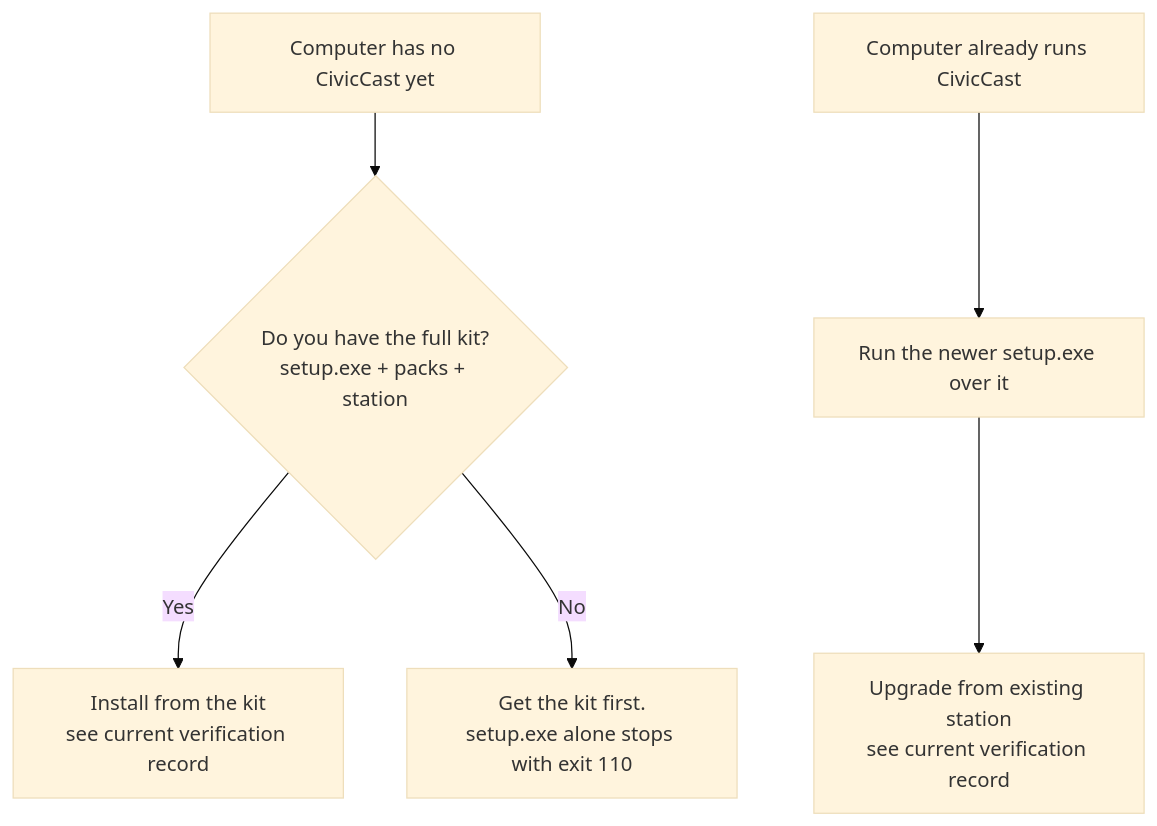
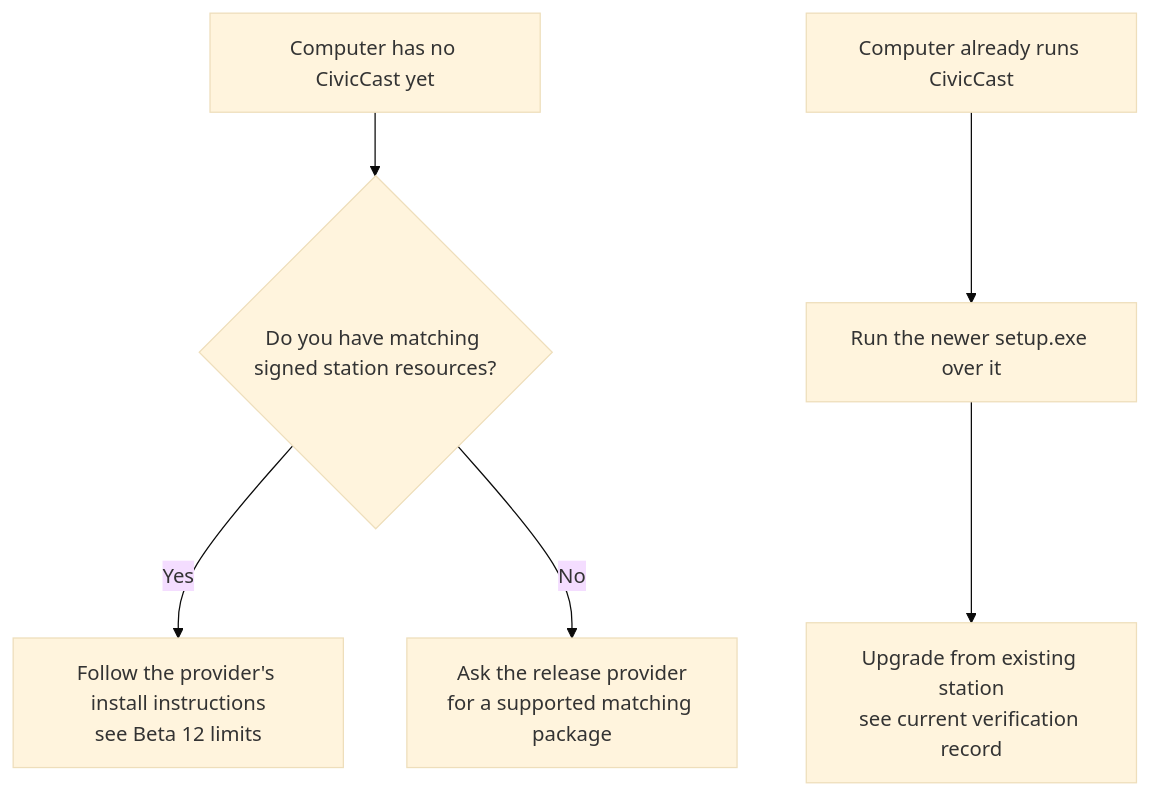
The diagram in docs/manual/src/20-planning.md (scottconverse/civiccast-native), drawn with Mermaid (base theme) before and after one commit. The commit also changed other lines of this file and 107 other files, not shown here.

````diff
--- a/docs/manual/src/20-planning.md
+++ b/docs/manual/src/20-planning.md
@@ -30,8 +30,8 @@
 ```mermaid
 flowchart TB
-  A[Computer has no CivicCast yet] --> B{Do you have the full kit?<br/>setup.exe + packs + station}
-  B -- Yes --> C[Install from the kit<br/>see current verification record]
-  B -- No --> D[Get the kit first.<br/>setup.exe alone stops with exit 110]
+  A[Computer has no CivicCast yet] --> B{Do you have matching signed station resources?}
+  B -- Yes --> C[Follow the provider's install instructions<br/>see Beta 12 limits]
+  B -- No --> D[Ask the release provider<br/>for a supported matching package]
   E[Computer already runs CivicCast] --> F[Run the newer setup.exe over it]
   F --> G[Upgrade from existing station<br/>see current verification record]
 ```
````
